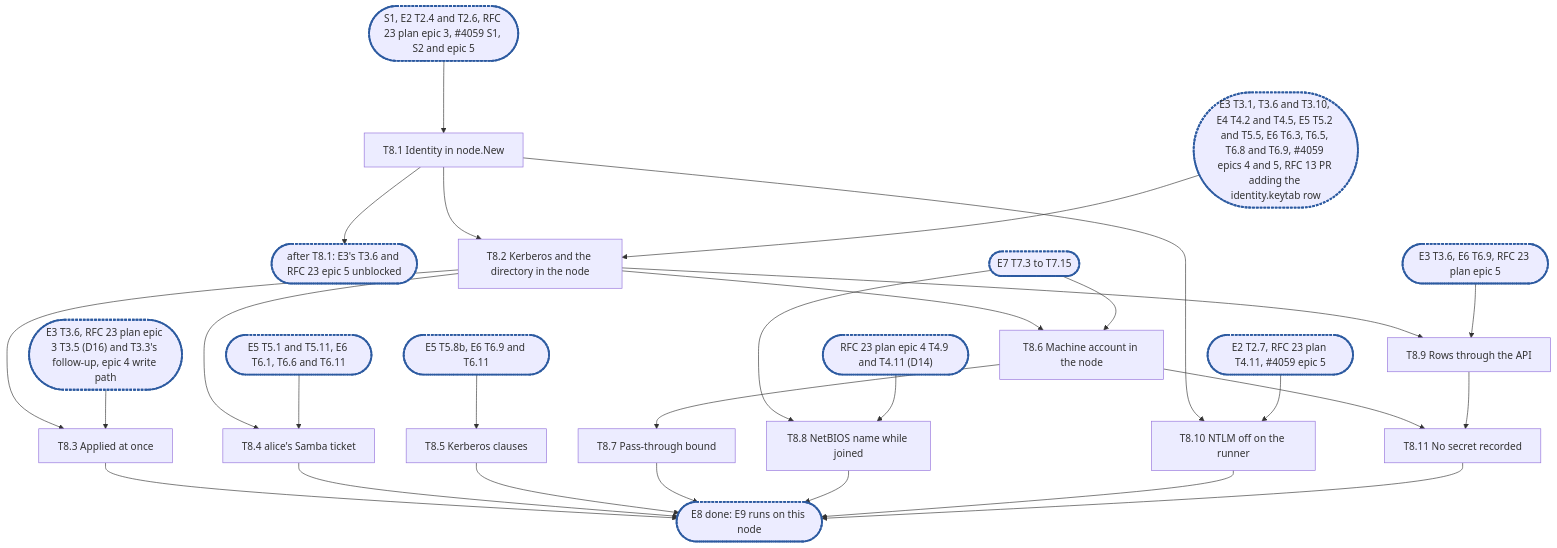
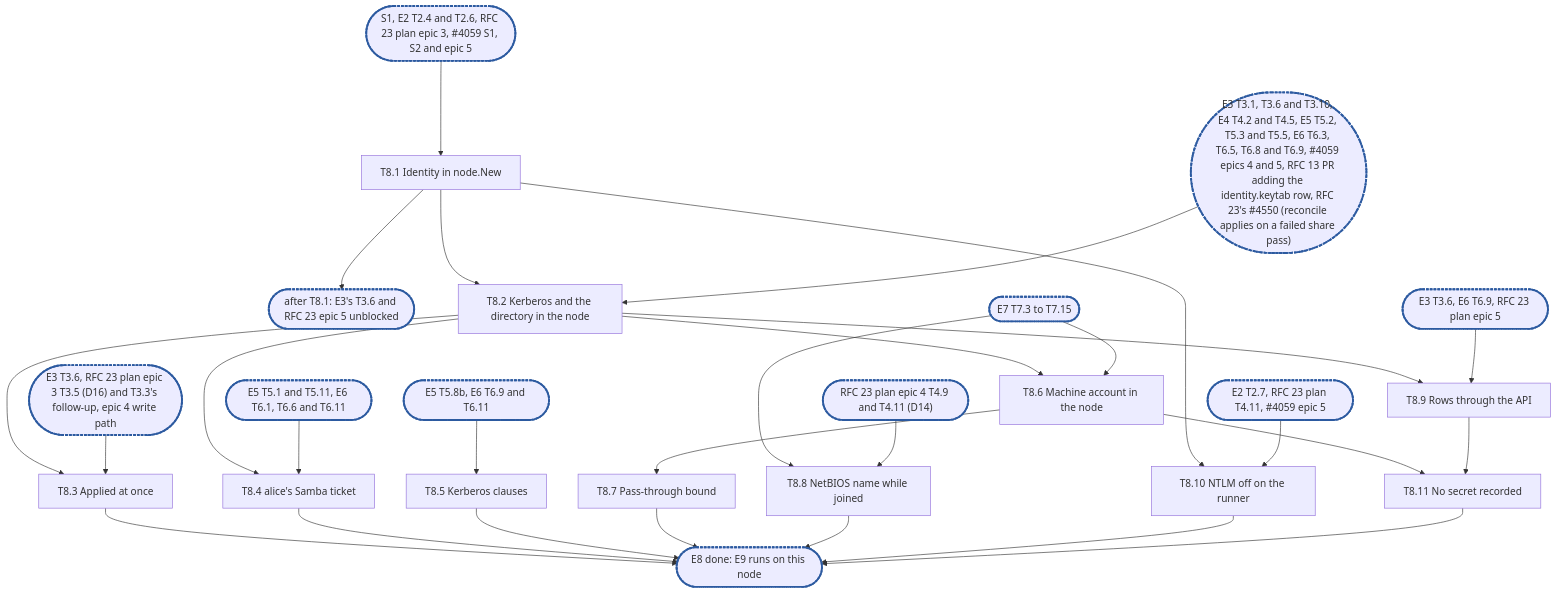
The diagram in docs/internals/planning/rfc-18-identity-epic8.md (cubbit/dittofs), drawn with Mermaid before and after one commit. The commit also changed other lines of this file, not shown here.

Commit message:
docs(planning): E8's T8.2 schedule names T5.3's test realm and RFC 23's #4550

````diff
--- a/docs/internals/planning/rfc-18-identity-epic8.md
+++ b/docs/internals/planning/rfc-18-identity-epic8.md
@@ -656,24 +656,24 @@
 ```mermaid
 flowchart TD
   X1(["S1, E2 T2.4 and T2.6, RFC 23 plan epic 3, #4059 S1, S2 and epic 5"]):::sync --> T8_1["T8.1 Identity in node.New"]
   T8_1 --> C0(["after T8.1: E3's T3.6 and RFC 23 epic 5 unblocked"]):::sync
   T8_1 --> T8_2["T8.2 Kerberos and the directory in the node"]
-  X2(["E3 T3.1, T3.6 and T3.10, E4 T4.2 and T4.5, E5 T5.2 and T5.5, E6 T6.3, T6.5, T6.8 and T6.9, #4059 epics 4 and 5, RFC 13 PR adding the identity.keytab row"]):::sync --> T8_2
+  X2(["E3 T3.1, T3.6 and T3.10, E4 T4.2 and T4.5, E5 T5.2, T5.3 and T5.5, E6 T6.3, T6.5, T6.8 and T6.9, #4059 epics 4 and 5, RFC 13 PR adding the identity.keytab row, RFC 23's #4550 (reconcile applies on a failed share pass)"]):::sync --> T8_2
   T8_2 --> T8_3["T8.3 Applied at once"]
   X3(["E3 T3.6, RFC 23 plan epic 3 T3.5 (D16) and T3.3's follow-up, epic 4 write path"]):::sync --> T8_3
   T8_2 --> T8_4["T8.4 alice's Samba ticket"]
   X4(["E5 T5.1 and T5.11, E6 T6.1, T6.6 and T6.11"]):::sync --> T8_4
   X5(["E5 T5.8b, E6 T6.9 and T6.11"]):::sync --> T8_5["T8.5 Kerberos clauses"]
   T8_2 --> T8_6["T8.6 Machine account in the node"]
   X6(["E7 T7.3 to T7.15"]):::sync --> T8_6
   T8_6 --> T8_7["T8.7 Pass-through bound"]
   X6 --> T8_8["T8.8 NetBIOS name while joined"]
   X7(["RFC 23 plan epic 4 T4.9 and T4.11 (D14)"]):::sync --> T8_8
   T8_2 --> T8_9["T8.9 Rows through the API"]
   X8(["E3 T3.6, E6 T6.9, RFC 23 plan epic 5"]):::sync --> T8_9
   T8_1 --> T8_10["T8.10 NTLM off on the runner"]
   X9(["E2 T2.7, RFC 23 plan T4.11, #4059 epic 5"]):::sync --> T8_10
   T8_6 & T8_9 --> T8_11["T8.11 No secret recorded"]
   T8_3 & T8_4 & T8_5 & T8_7 & T8_8 & T8_10 & T8_11 --> C1(["E8 done: E9 runs on this node"]):::sync
   classDef sync stroke:#2c5aa0,stroke-width:3px,stroke-dasharray:4 2
 ```
````
